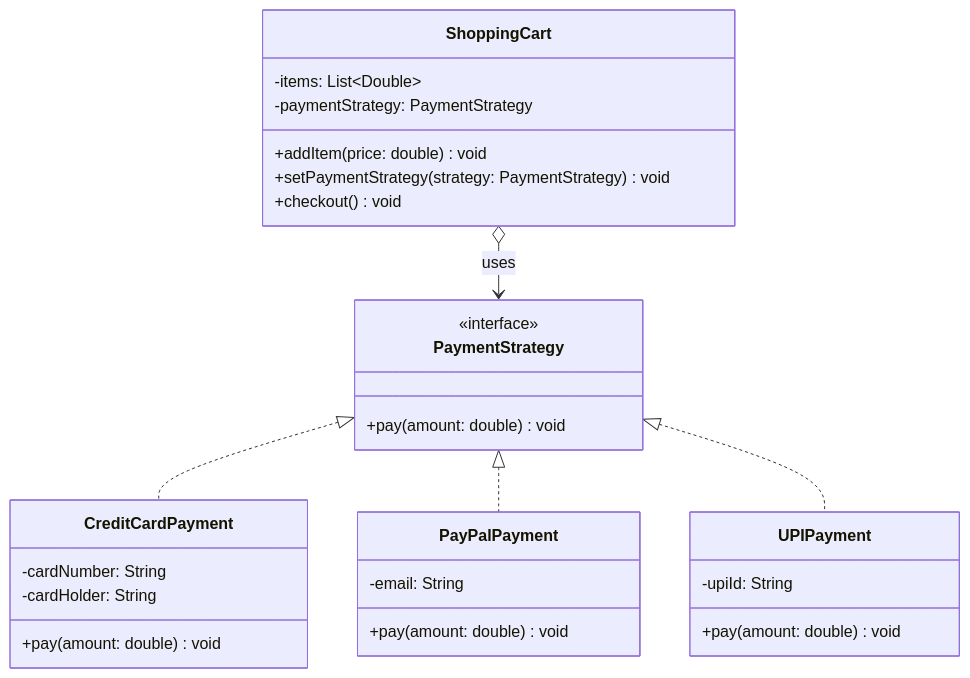
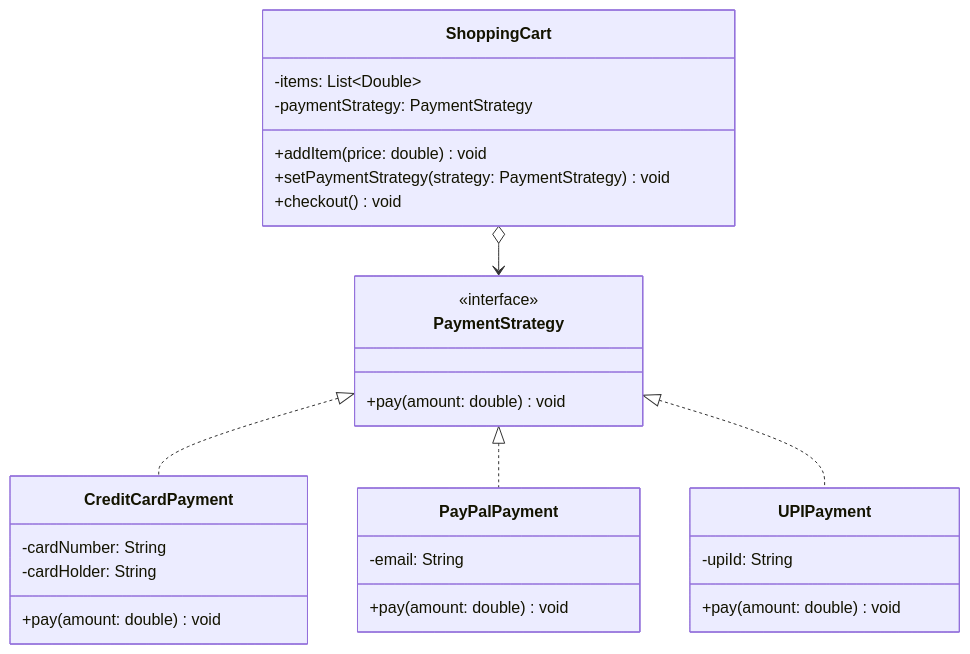
The diagram in src/strategy/README.md (kubrck/LLD), drawn with Mermaid before and after one commit. The commit also changed 10 other files, not shown here.

Commit message:
docs(uml): simplify all diagrams to only is-a and has-a relationships

````diff
--- a/src/strategy/README.md
+++ b/src/strategy/README.md
@@ -7,36 +7,36 @@
 ```mermaid
 classDiagram
     class PaymentStrategy {
         <<interface>>
         +pay(amount: double) void
     }
 
     class CreditCardPayment {
         -cardNumber: String
         -cardHolder: String
         +pay(amount: double) void
     }
 
     class PayPalPayment {
         -email: String
         +pay(amount: double) void
     }
 
     class UPIPayment {
         -upiId: String
         +pay(amount: double) void
     }
 
     class ShoppingCart {
         -items: List~Double~
         -paymentStrategy: PaymentStrategy
         +addItem(price: double) void
         +setPaymentStrategy(strategy: PaymentStrategy) void
         +checkout() void
     }
 
     PaymentStrategy <|.. CreditCardPayment
     PaymentStrategy <|.. PayPalPayment
     PaymentStrategy <|.. UPIPayment
-    ShoppingCart o--> PaymentStrategy : uses
+    ShoppingCart o--> PaymentStrategy
 ```
````
